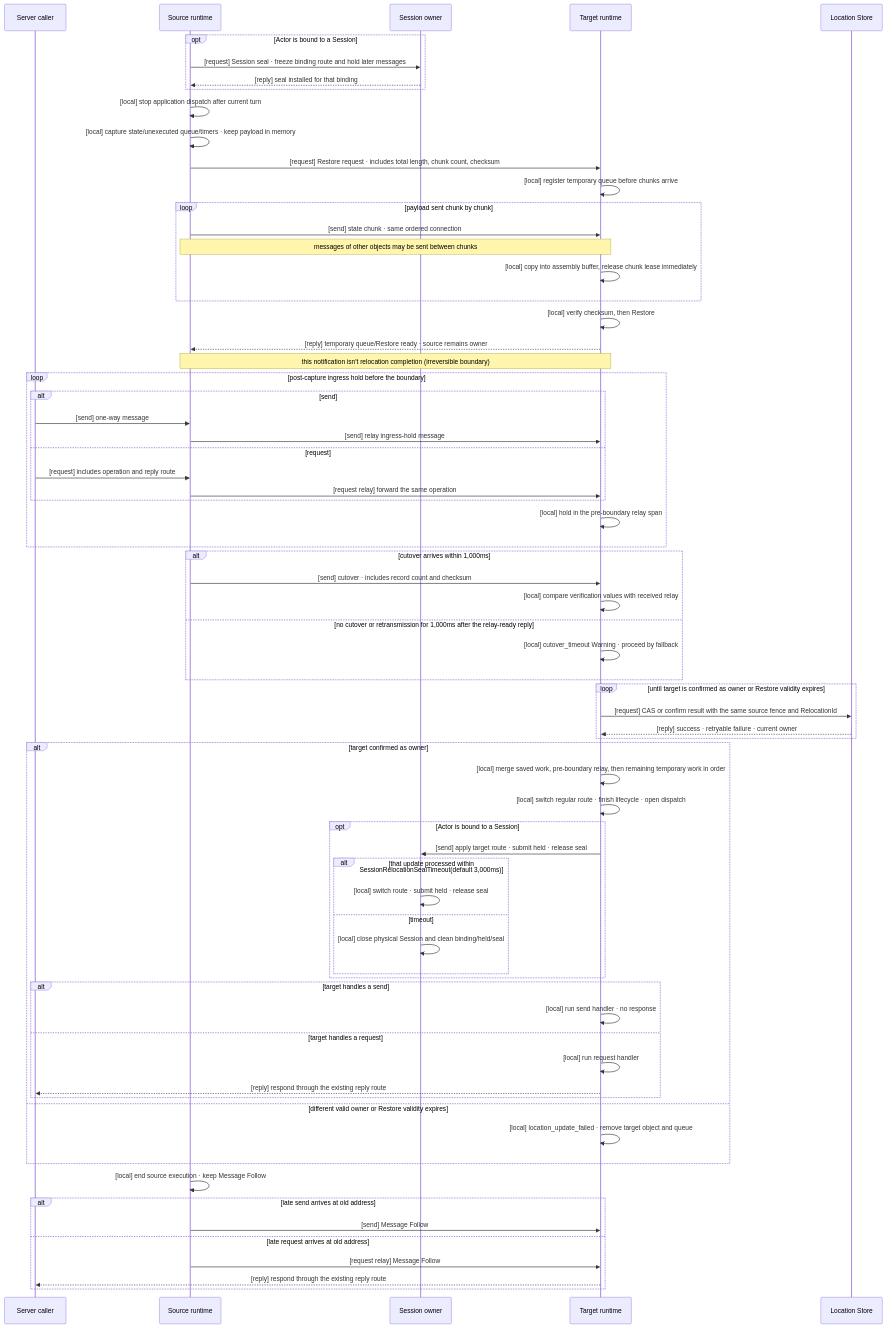
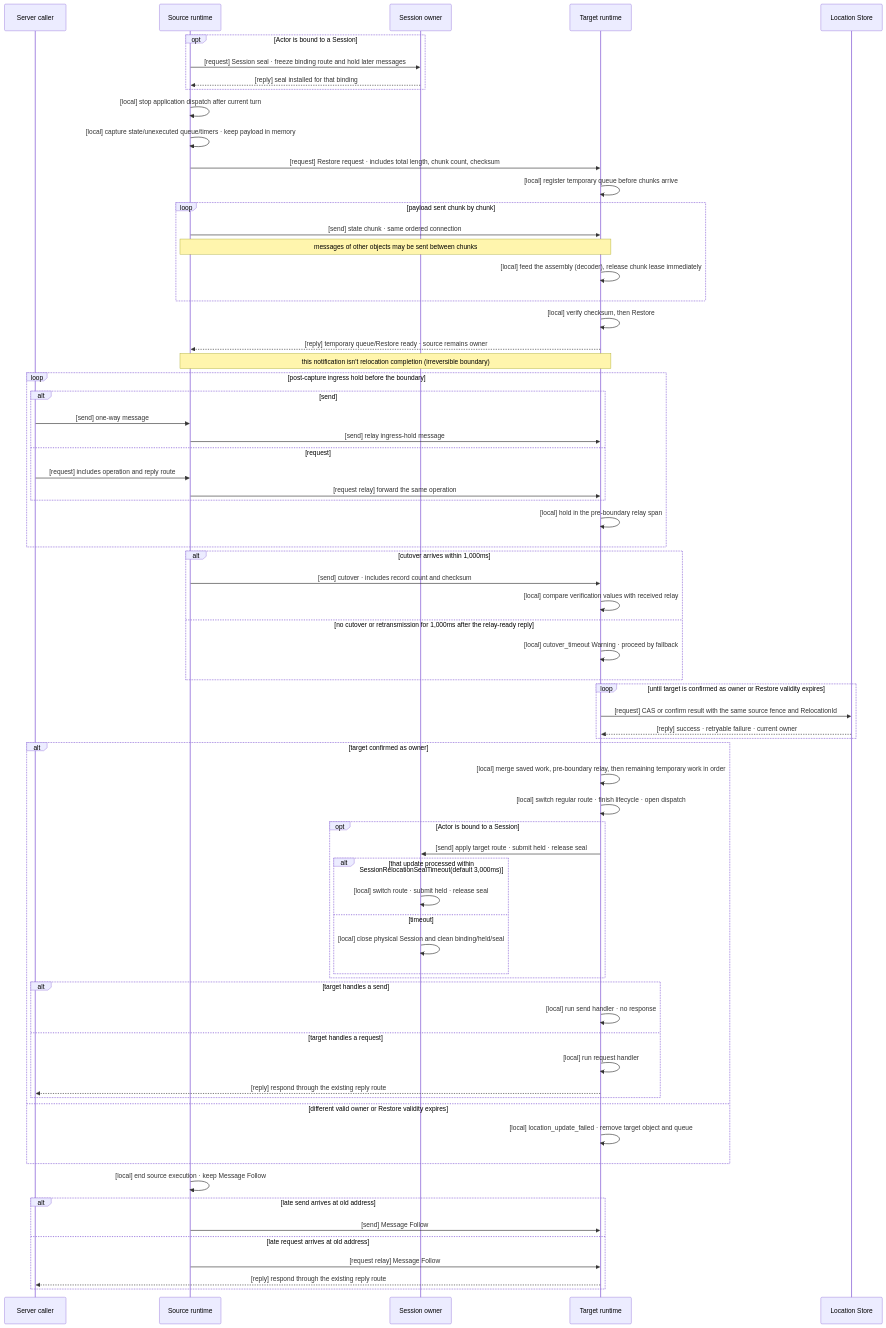
Before and after one commit to zlink-systems/zlink: the first of 2 diagrams in framework/doc/framework/common/spec/server/05-location-relocation/04-relocation-flow.en.md, drawn with Mermaid. The commit also changed other lines of this file and 9 other files, not shown here.

First line of the commit message:
spec: 조립(assembly)을 incremental decoder 공급 상태로 정의하고 값은 schema replay object가 소유한다 (#778, sol 리뷰 반영)

````diff
--- a/framework/doc/framework/common/spec/server/05-location-relocation/04-relocation-flow.en.md
+++ b/framework/doc/framework/common/spec/server/05-location-relocation/04-relocation-flow.en.md
@@ -386,72 +388,72 @@
 ```mermaid
 sequenceDiagram
     participant C as Server caller
     participant A as Source runtime
     participant S as Session owner
     participant B as Target runtime
     participant L as Location Store
 
     opt Actor is bound to a Session
         A->>S: [request] Session seal · freeze binding route and hold later messages
         S-->>A: [reply] seal installed for that binding
     end
     A->>A: [local] stop application dispatch after current turn
     A->>A: [local] capture state/unexecuted queue/timers · keep payload in memory
     A->>B: [request] Restore request · includes total length, chunk count, checksum
     B->>B: [local] register temporary queue before chunks arrive
     loop payload sent chunk by chunk
         A->>B: [send] state chunk · same ordered connection
         Note over A,B: messages of other objects may be sent between chunks
-        B->>B: [local] copy into assembly buffer, release chunk lease immediately
+        B->>B: [local] feed the assembly (decoder), release chunk lease immediately
     end
     B->>B: [local] verify checksum, then Restore
     B-->>A: [reply] temporary queue/Restore ready · source remains owner
     Note over A,B: this notification isn't relocation completion (irreversible boundary)
     loop post-capture ingress hold before the boundary
         alt send
             C->>A: [send] one-way message
             A->>B: [send] relay ingress-hold message
         else request
             C->>A: [request] includes operation and reply route
             A->>B: [request relay] forward the same operation
         end
         B->>B: [local] hold in the pre-boundary relay span
     end
     alt cutover arrives within 1,000ms
         A->>B: [send] cutover · includes record count and checksum
         B->>B: [local] compare verification values with received relay
     else no cutover or retransmission for 1,000ms after the relay-ready reply
         B->>B: [local] cutover_timeout Warning · proceed by fallback
     end
     loop until target is confirmed as owner or Restore validity expires
         B->>L: [request] CAS or confirm result with the same source fence and RelocationId
         L-->>B: [reply] success · retryable failure · current owner
     end
     alt target confirmed as owner
         B->>B: [local] merge saved work, pre-boundary relay, then remaining temporary work in order
         B->>B: [local] switch regular route · finish lifecycle · open dispatch
         opt Actor is bound to a Session
             B->>S: [send] apply target route · submit held · release seal
             alt that update processed within SessionRelocationSealTimeout(default 3,000ms)
                 S->>S: [local] switch route · submit held · release seal
             else timeout
                 S->>S: [local] close physical Session and clean binding/held/seal
             end
         end
         alt target handles a send
             B->>B: [local] run send handler · no response
         else target handles a request
             B->>B: [local] run request handler
             B-->>C: [reply] respond through the existing reply route
         end
     else different valid owner or Restore validity expires
         B->>B: [local] location_update_failed · remove target object and queue
     end
     A->>A: [local] end source execution · keep Message Follow
     alt late send arrives at old address
         A->>B: [send] Message Follow
     else late request arrives at old address
         A->>B: [request relay] Message Follow
         B-->>C: [reply] respond through the existing reply route
     end
 ```
````
